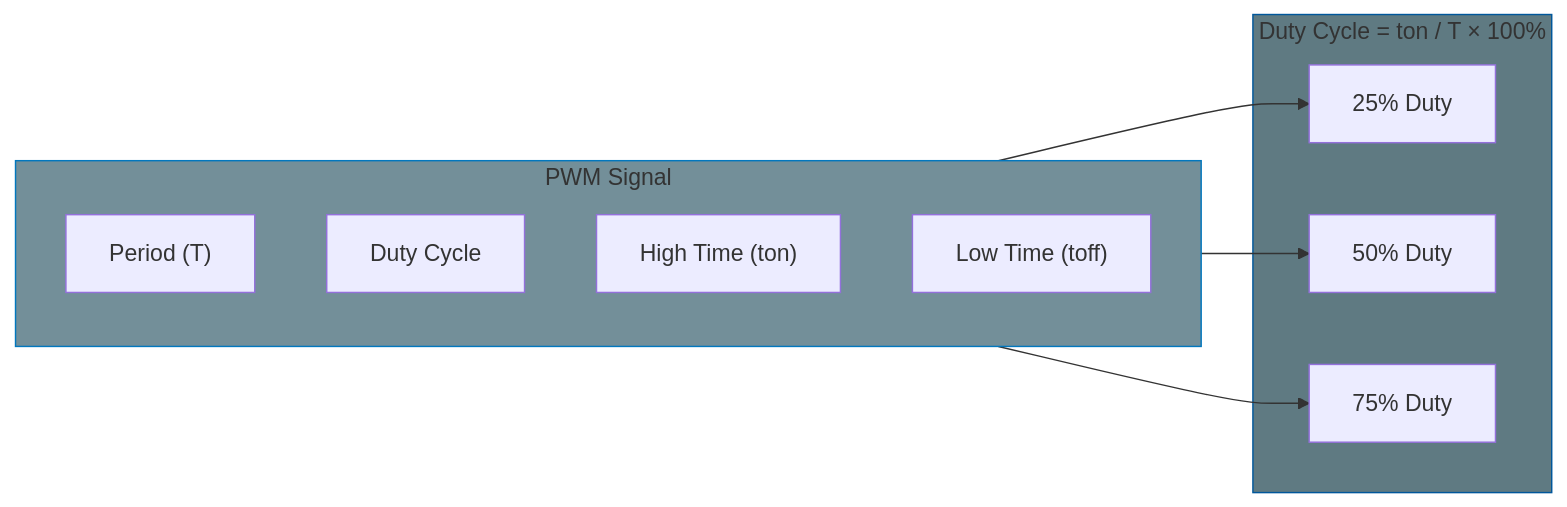
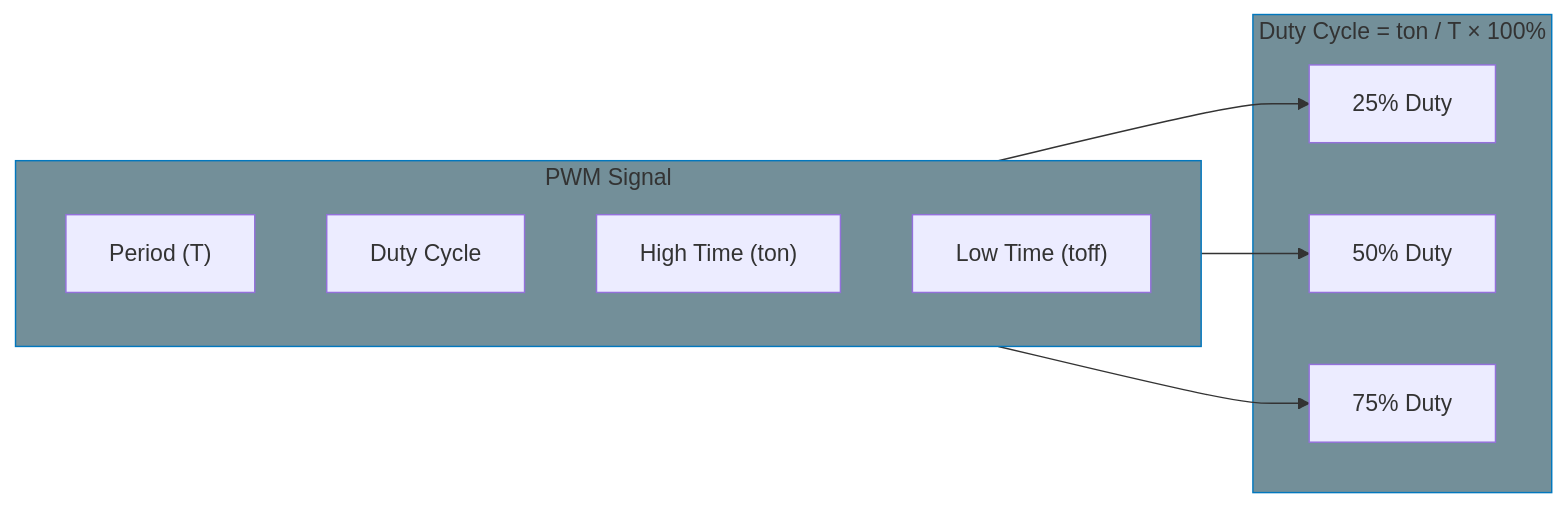
One commit to MichaelTien8901/linux-driver-guide-tutorial changed the first of 2 diagrams in part10/01-pwm-subsystem.md. Above: the diagram before and after it, drawn with Mermaid. The commit also changed 36 other files, not shown here.

Commit message:
Fix mermaid diagram colors to use consistent paper-like theme

````diff
--- a/part10/01-pwm-subsystem.md
+++ b/part10/01-pwm-subsystem.md
@@ -14,23 +14,23 @@
 ```mermaid
 flowchart LR
     subgraph Signal["PWM Signal"]
         direction TB
         P["Period (T)"]
         D["Duty Cycle"]
         H["High Time (ton)"]
         L["Low Time (toff)"]
     end
 
     subgraph Formula["Duty Cycle = ton / T × 100%"]
         DC25["25% Duty"]
         DC50["50% Duty"]
         DC75["75% Duty"]
     end
 
     P --> DC25
     P --> DC50
     P --> DC75
 
     style Signal fill:#738f99,stroke:#0277bd
-    style Formula fill:#5f7a82,stroke:#01579b
+    style Formula fill:#738f99,stroke:#0277bd
 ```
````
